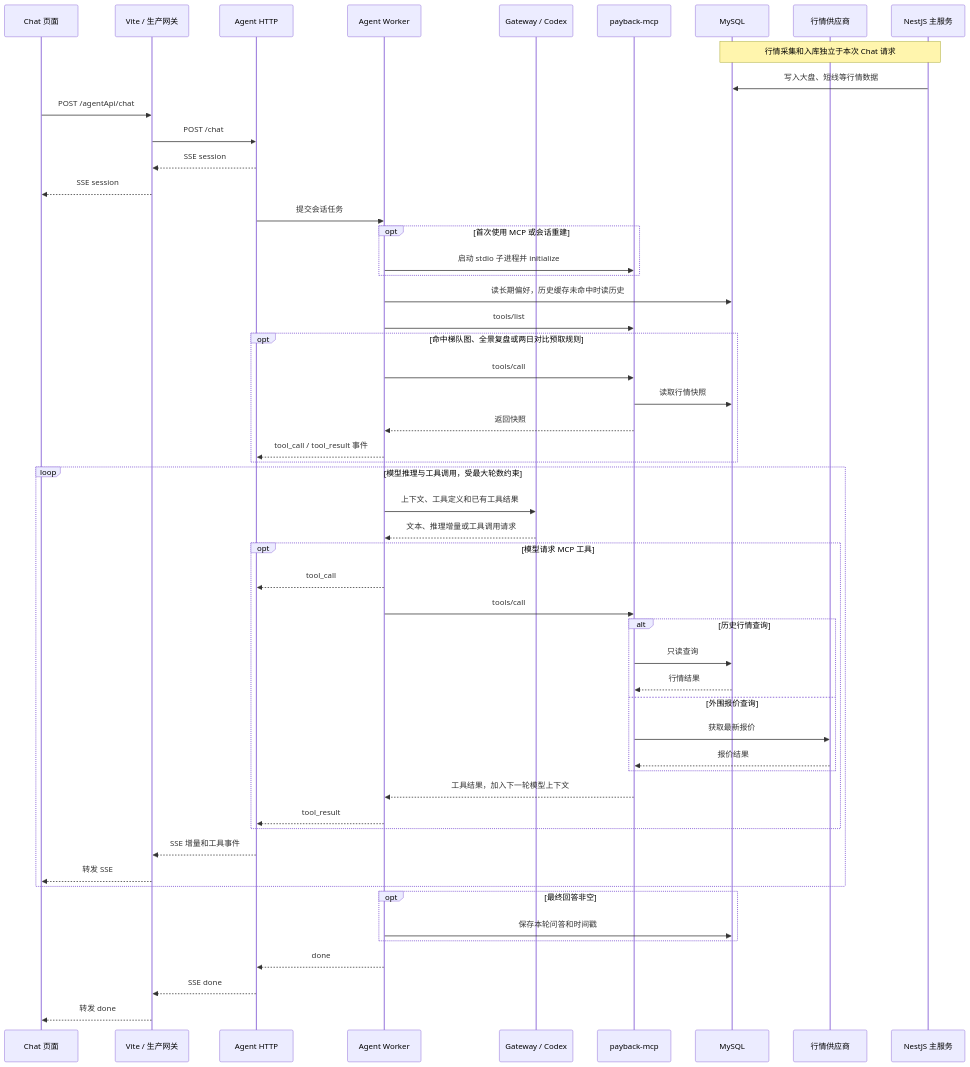
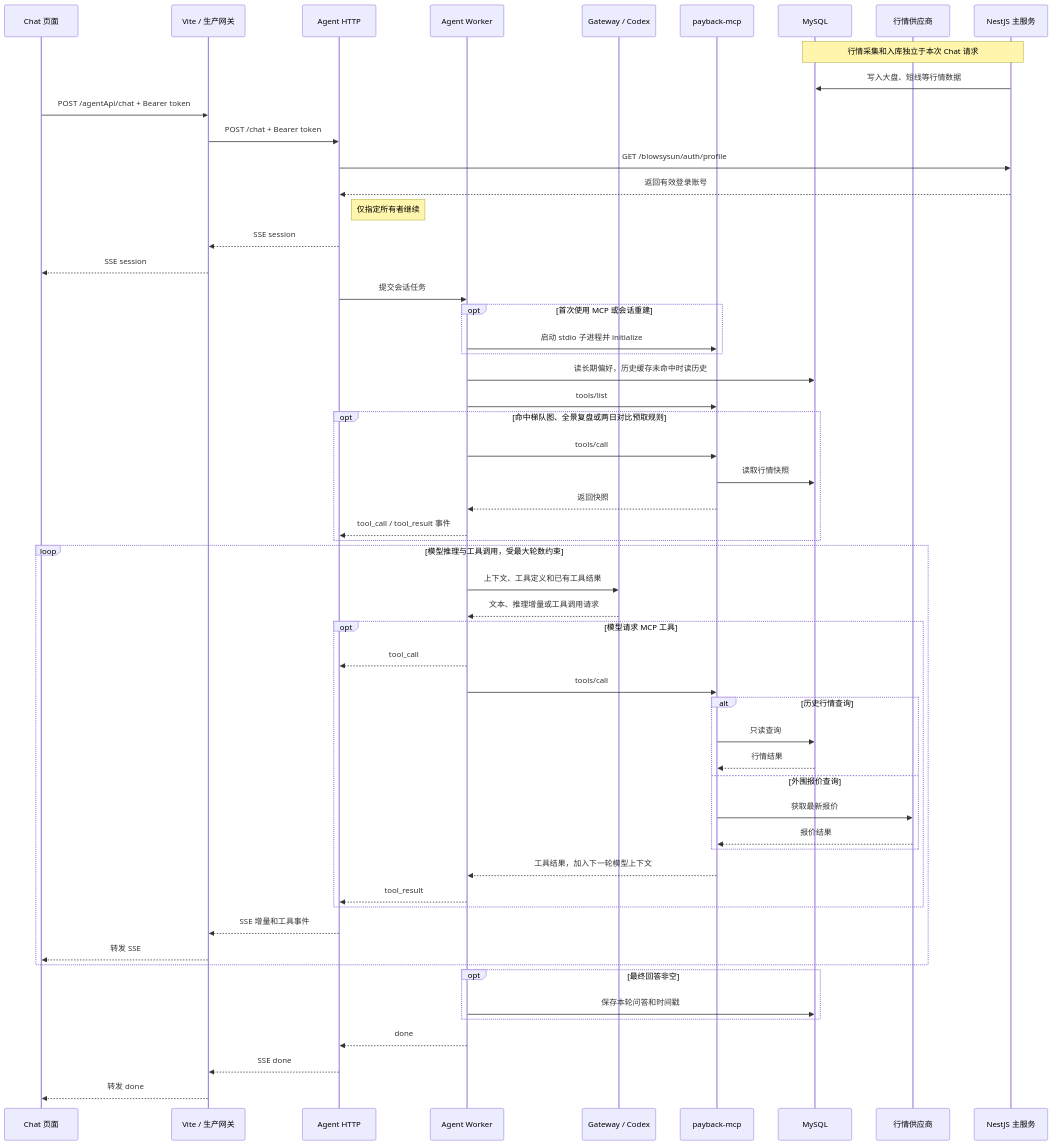
One commit to zhangyingxuan/payback changed the diagram in docs/03-架构设计/Chat调用链与交互时序.md. Above: the diagram before and after it, drawn with Mermaid. The commit also changed other lines of this file and 19 other files, not shown here.

Commit message:
Update agent chat and live market overview

````diff
--- a/docs/03-架构设计/Chat调用链与交互时序.md
+++ b/docs/03-架构设计/Chat调用链与交互时序.md
@@ -15,56 +17,59 @@
 ```mermaid
 sequenceDiagram
     participant UI as Chat 页面
     participant Proxy as Vite / 生产网关
     participant HTTP as Agent HTTP
     participant Worker as Agent Worker
     participant LLM as Gateway / Codex
     participant MCP as payback-mcp
     participant DB as MySQL
     participant Quotes as 行情供应商
     participant Server as NestJS 主服务
 
     Note over DB,Server: 行情采集和入库独立于本次 Chat 请求
     Server->>DB: 写入大盘、短线等行情数据
-    UI->>Proxy: POST /agentApi/chat
-    Proxy->>HTTP: POST /chat
+    UI->>Proxy: POST /agentApi/chat + Bearer token
+    Proxy->>HTTP: POST /chat + Bearer token
+    HTTP->>Server: GET /blowsysun/auth/profile
+    Server-->>HTTP: 返回有效登录账号
+    Note right of HTTP: 仅指定所有者继续
     HTTP-->>Proxy: SSE session
     Proxy-->>UI: SSE session
     HTTP->>Worker: 提交会话任务
     opt 首次使用 MCP 或会话重建
         Worker->>MCP: 启动 stdio 子进程并 initialize
     end
     Worker->>DB: 读长期偏好，历史缓存未命中时读历史
     Worker->>MCP: tools/list
     opt 命中梯队图、全景复盘或两日对比预取规则
         Worker->>MCP: tools/call
         MCP->>DB: 读取行情快照
         MCP-->>Worker: 返回快照
         Worker-->>HTTP: tool_call / tool_result 事件
     end
     loop 模型推理与工具调用，受最大轮数约束
         Worker->>LLM: 上下文、工具定义和已有工具结果
         LLM-->>Worker: 文本、推理增量或工具调用请求
         opt 模型请求 MCP 工具
             Worker-->>HTTP: tool_call
             Worker->>MCP: tools/call
             alt 历史行情查询
                 MCP->>DB: 只读查询
                 DB-->>MCP: 行情结果
             else 外围报价查询
                 MCP->>Quotes: 获取最新报价
                 Quotes-->>MCP: 报价结果
             end
             MCP-->>Worker: 工具结果，加入下一轮模型上下文
             Worker-->>HTTP: tool_result
         end
         HTTP-->>Proxy: SSE 增量和工具事件
         Proxy-->>UI: 转发 SSE
     end
     opt 最终回答非空
         Worker->>DB: 保存本轮问答和时间戳
     end
     Worker-->>HTTP: done
     HTTP-->>Proxy: SSE done
     Proxy-->>UI: 转发 done
 ```
````
